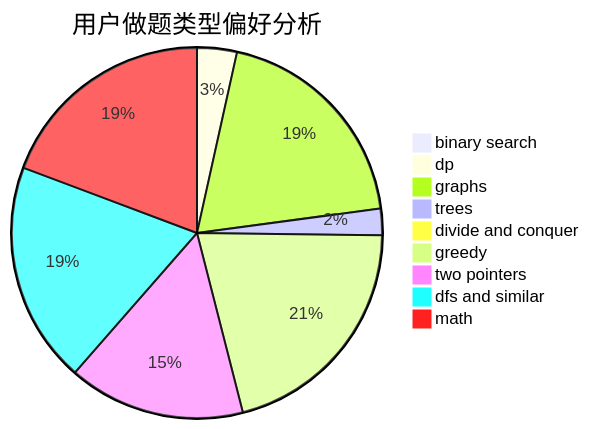
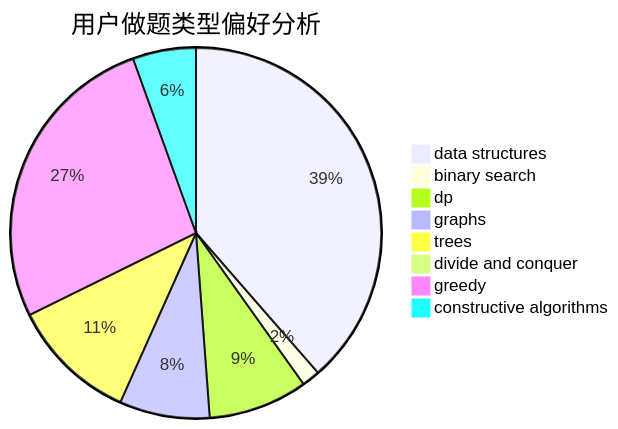
Before and after one commit to sherpahu/cfrs.github.io: the second of 3 diagrams in docs/user/u502.md, drawn with Mermaid. The commit also changed other lines of this file and 2775 other files, not shown here.

````diff
--- a/docs/user/u502.md
+++ b/docs/user/u502.md
@@ -23,12 +23,11 @@
 ```mermaid
 pie title 用户做题类型偏好分析
+    "data structures" :  49
     "binary search" :  2
-    "dp" :  27
-    "graphs" :  151
-    "trees" :  18
+    "dp" :  11
+    "graphs" :  10
+    "trees" :  14
     "divide and conquer" :  0
-    "greedy" :  162
-    "two pointers" :  120
-    "dfs and similar" :  150
-    "math" :  150
+    "greedy" :  34
+    "constructive algorithms" :  7
 ```
````
